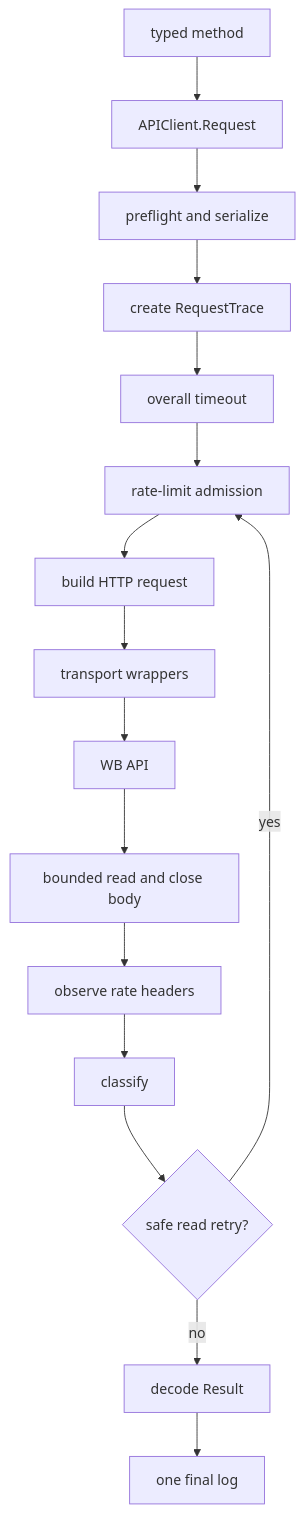
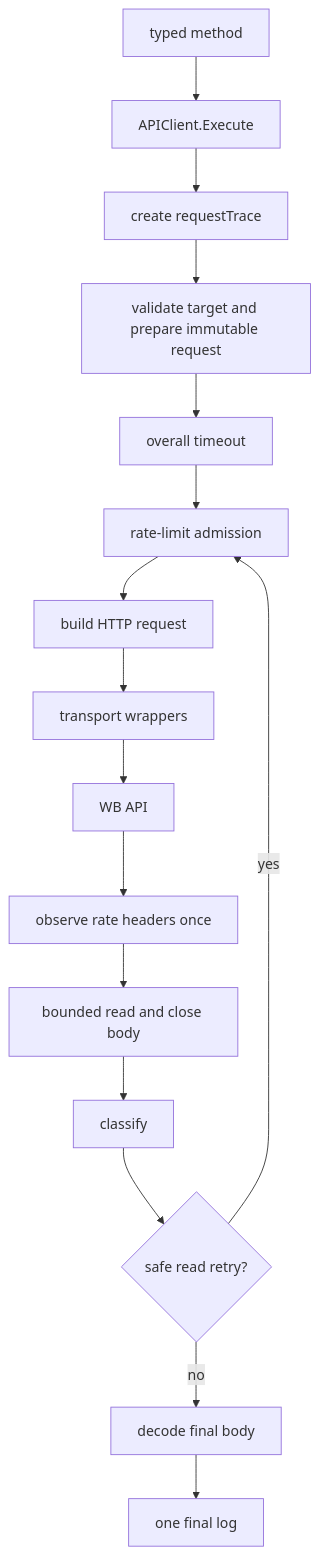
One commit to ERONIS/wb-service changed the third of 3 diagrams in doc/wb-service-architecture-plan.md. Above: the diagram before and after it, drawn with Mermaid. The commit also changed other lines of this file and 51 other files, not shown here.

````diff
--- a/doc/wb-service-architecture-plan.md
+++ b/doc/wb-service-architecture-plan.md
@@ -937,18 +1096,18 @@
 ```mermaid
 flowchart TD
-    T[typed method] --> R[APIClient.Request]
-    R --> P[preflight and serialize]
-    P --> L[create RequestTrace]
-    L --> O[overall timeout]
+    T[typed method] --> E[APIClient.Execute]
+    E --> L[create requestTrace]
+    L --> P[validate target and prepare immutable request]
+    P --> O[overall timeout]
     O --> A[rate-limit admission]
     A --> H[build HTTP request]
     H --> W[transport wrappers]
     W --> WB[WB API]
-    WB --> B[bounded read and close body]
-    B --> RH[observe rate headers]
-    RH --> C[classify]
+    WB --> RH[observe rate headers once]
+    RH --> B[bounded read and close body]
+    B --> C[classify]
     C --> Q{safe read retry?}
     Q -- yes --> A
-    Q -- no --> D[decode Result]
+    Q -- no --> D[decode final body]
     D --> LOG[one final log]
 ```
````
